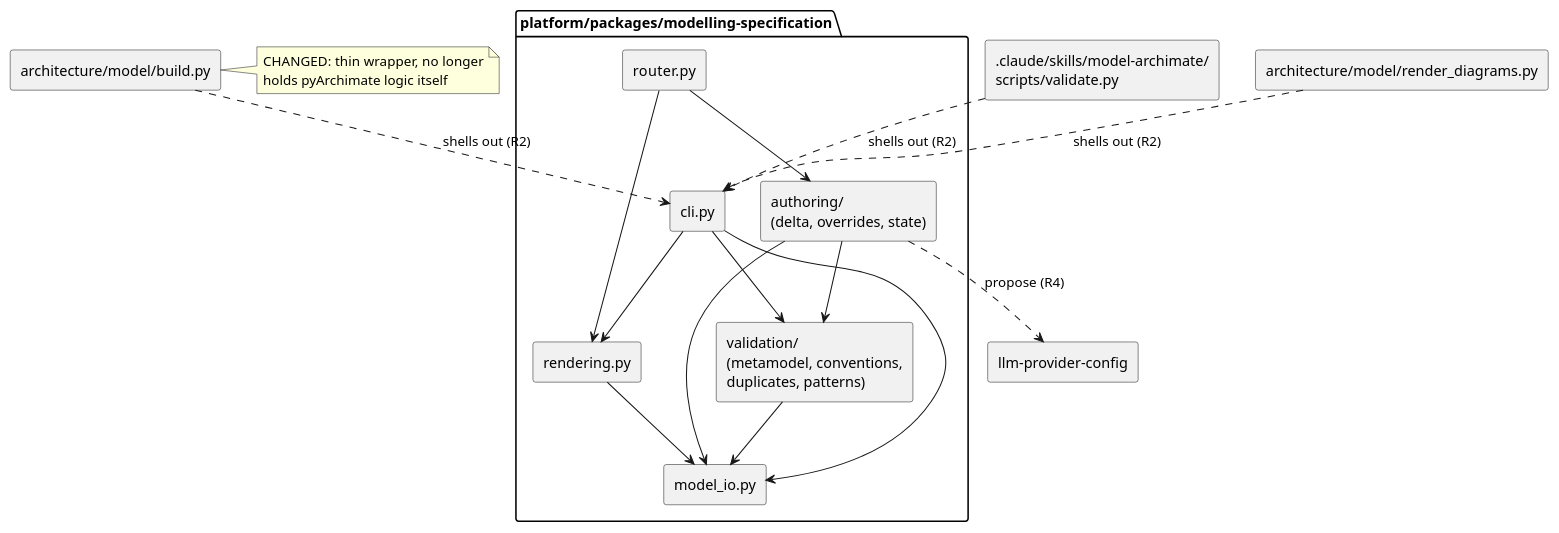
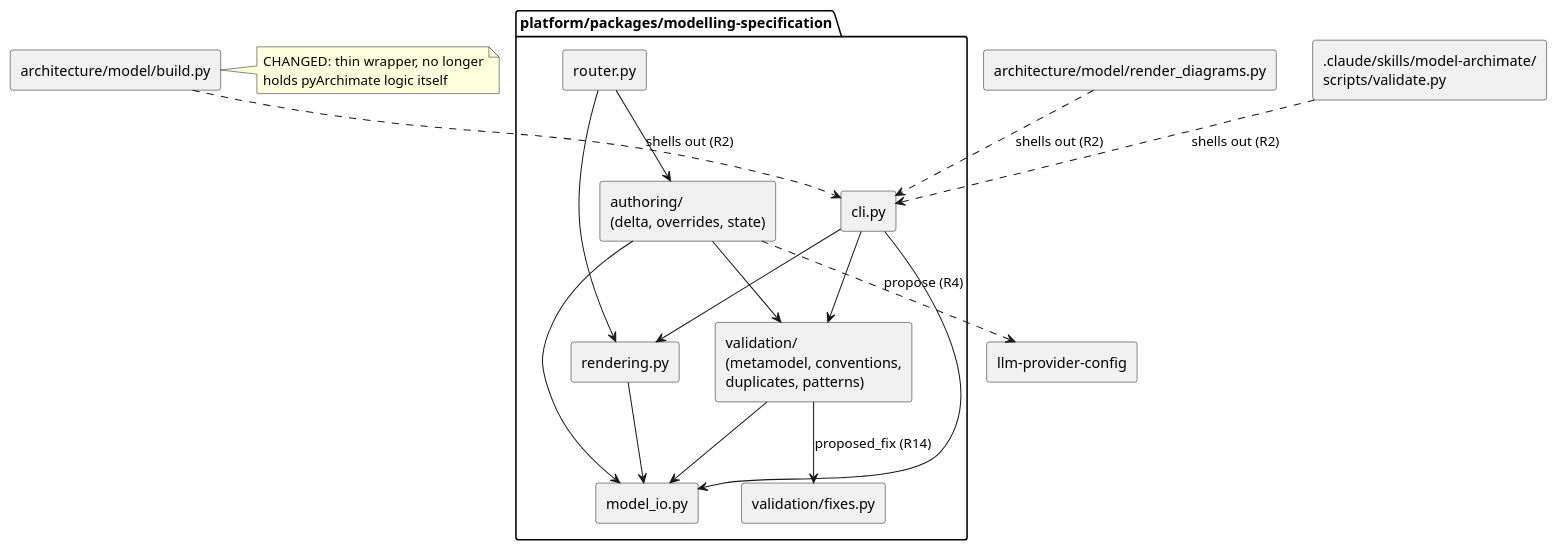
Before and after one commit to wolffy-au/frictionless-architect: the diagram in specs/004-conversational-model-authoring/plan.md, drawn with PlantUML. The commit also changed other lines of this file and 1 other file, not shown here.

````diff
--- a/specs/004-conversational-model-authoring/plan.md
+++ b/specs/004-conversational-model-authoring/plan.md
@@ -140,37 +140,39 @@
 ```plantuml
 @startuml
 skinparam componentStyle rectangle
 package "platform/packages/modelling-specification" {
   [model_io.py] as ModelIO
   [validation/\n(metamodel, conventions,\nduplicates, patterns)] as Validation
+  [validation/fixes.py] as Fixes
   [authoring/\n(delta, overrides, state)] as Authoring
   [rendering.py] as Rendering
   [router.py] as Router
   [cli.py] as Cli
 }
 [architecture/model/build.py] as Build
 [architecture/model/render_diagrams.py] as RenderDiag
 [.claude/skills/model-archimate/\nscripts/validate.py] as SkillValidate
 [llm-provider-config] as LLMConfig
 
 Router --> Authoring
 Router --> Rendering
 Authoring --> ModelIO
 Authoring --> Validation
 Authoring ..> LLMConfig : propose (R4)
 Validation --> ModelIO
+Validation --> Fixes : proposed_fix (R14)
 Rendering --> ModelIO
 Cli --> ModelIO
 Cli --> Validation
 Cli --> Rendering
 
 Build ..> Cli : shells out (R2)
 RenderDiag ..> Cli : shells out (R2)
 SkillValidate ..> Cli : shells out (R2)
 
 note right of Build
   CHANGED: thin wrapper, no longer
   holds pyArchimate logic itself
 end note
 @enduml
 ```
````
